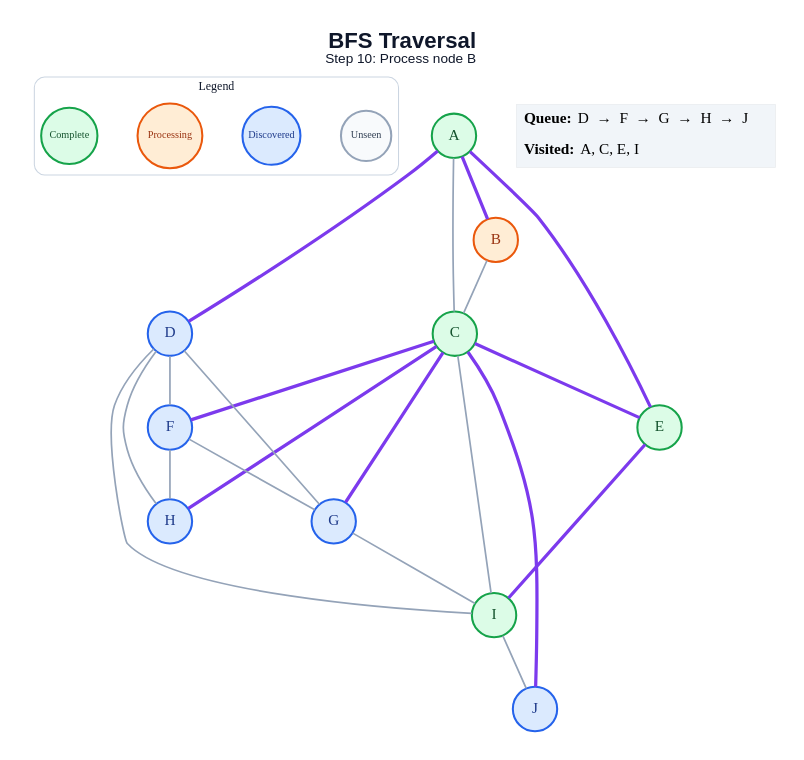
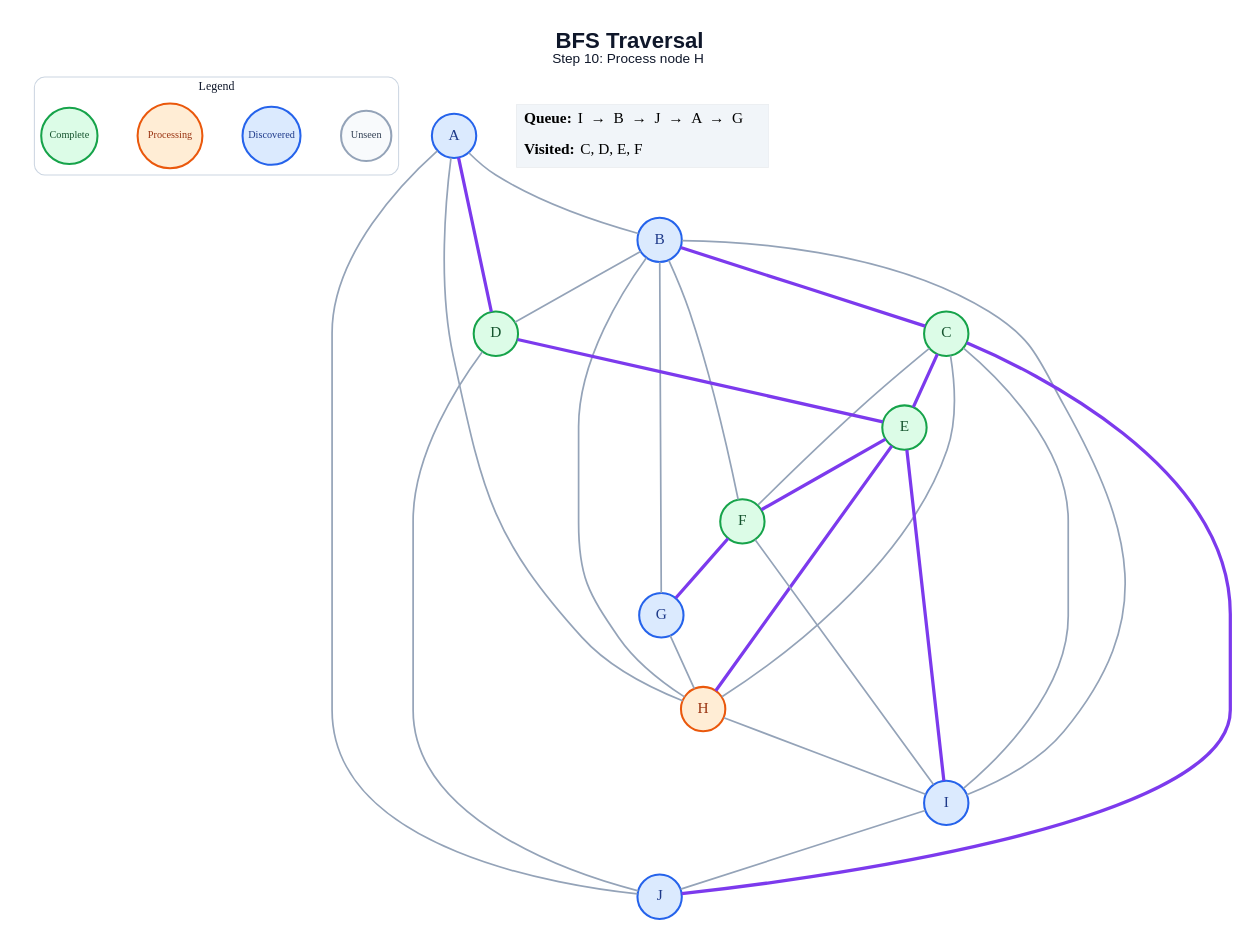
Before and after one commit to amanghodawala9/ai-slop: the diagram in generated/specific-node/bfs/step_10.dot, drawn with Graphviz. The commit also changed 178 other files, not shown here.

```diff
--- a/generated/specific-node/bfs/step_10.dot
+++ b/generated/specific-node/bfs/step_10.dot
@@ -1,49 +1,54 @@
 graph traversal {
   graph [layout=dot, rankdir=TB, bgcolor="#FFFFFF", pad="0.35", nodesep="0.65", ranksep="0.8", fontname="Arial"];
   node [shape=circle, style="filled", fontname="Arial Bold", fontsize=18, width=0.72, fixedsize=true, penwidth=2.4];
   edge [color="#94A3B8", penwidth=2.0];
-  label=<<B>BFS Traversal</B><BR/><FONT POINT-SIZE="16">Step 10: Process node B</FONT>>; labelloc="t"; fontsize=26; fontname="Arial"; fontcolor="#0F172A";
+  label=<<B>BFS Traversal</B><BR/><FONT POINT-SIZE="16">Step 10: Process node H</FONT>>; labelloc="t"; fontsize=26; fontname="Arial"; fontcolor="#0F172A";
   subgraph cluster_legend { label="Legend"; color="#CBD5E1"; penwidth=1.2; style="rounded"; fontsize=14; fontname="Arial Bold";
     key_unseen [label="Unseen", fillcolor="#F8FAFC", color="#94A3B8", fontcolor="#334155", fontsize=12, width=0.82];
     key_frontier [label="Discovered", fillcolor="#DBEAFE", color="#2563EB", fontcolor="#1E3A8A", fontsize=12, width=0.95];
     key_current [label="Processing", fillcolor="#FFEDD5", color="#EA580C", fontcolor="#9A3412", fontsize=12, width=1.05];
     key_done [label="Complete", fillcolor="#DCFCE7", color="#16A34A", fontcolor="#14532D", fontsize=12, width=0.92];
     { rank=same; key_unseen; key_frontier; key_current; key_done; }
   }
-  A [fillcolor="#DCFCE7", color="#16A34A", fontcolor="#14532D"];
-  B [fillcolor="#FFEDD5", color="#EA580C", fontcolor="#9A3412"];
+  A [fillcolor="#DBEAFE", color="#2563EB", fontcolor="#1E3A8A"];
+  B [fillcolor="#DBEAFE", color="#2563EB", fontcolor="#1E3A8A"];
   C [fillcolor="#DCFCE7", color="#16A34A", fontcolor="#14532D"];
-  D [fillcolor="#DBEAFE", color="#2563EB", fontcolor="#1E3A8A"];
+  D [fillcolor="#DCFCE7", color="#16A34A", fontcolor="#14532D"];
   E [fillcolor="#DCFCE7", color="#16A34A", fontcolor="#14532D"];
-  F [fillcolor="#DBEAFE", color="#2563EB", fontcolor="#1E3A8A"];
+  F [fillcolor="#DCFCE7", color="#16A34A", fontcolor="#14532D"];
   G [fillcolor="#DBEAFE", color="#2563EB", fontcolor="#1E3A8A"];
-  H [fillcolor="#DBEAFE", color="#2563EB", fontcolor="#1E3A8A"];
-  I [fillcolor="#DCFCE7", color="#16A34A", fontcolor="#14532D"];
+  H [fillcolor="#FFEDD5", color="#EA580C", fontcolor="#9A3412"];
+  I [fillcolor="#DBEAFE", color="#2563EB", fontcolor="#1E3A8A"];
   J [fillcolor="#DBEAFE", color="#2563EB", fontcolor="#1E3A8A"];
-  A -- B [color="#7C3AED", penwidth=3.8];
-  A -- C;
+  A -- B;
   A -- D [color="#7C3AED", penwidth=3.8];
-  A -- E [color="#7C3AED", penwidth=3.8];
-  B -- C;
+  A -- H;
+  A -- J;
+  B -- C [color="#7C3AED", penwidth=3.8];
+  B -- D;
+  B -- F;
+  B -- G;
+  B -- H;
+  B -- I;
   C -- E [color="#7C3AED", penwidth=3.8];
-  C -- F [color="#7C3AED", penwidth=3.8];
-  C -- G [color="#7C3AED", penwidth=3.8];
-  C -- H [color="#7C3AED", penwidth=3.8];
+  C -- F;
+  C -- H;
   C -- I;
   C -- J [color="#7C3AED", penwidth=3.8];
-  D -- F;
-  D -- G;
-  D -- H;
-  D -- I;
+  D -- E [color="#7C3AED", penwidth=3.8];
+  D -- J;
+  E -- F [color="#7C3AED", penwidth=3.8];
+  E -- H [color="#7C3AED", penwidth=3.8];
   E -- I [color="#7C3AED", penwidth=3.8];
-  F -- G;
-  F -- H;
-  G -- I;
+  F -- G [color="#7C3AED", penwidth=3.8];
+  F -- I;
+  G -- H;
+  H -- I;
   I -- J;
   status [shape=plain, fixedsize=false, width=0, height=0, margin=0, label=<
     <TABLE BORDER="0" CELLBORDER="0" CELLPADDING="7" BGCOLOR="#F1F5F9">
-      <TR><TD ALIGN="LEFT"><B>Queue:</B> D  →  F  →  G  →  H  →  J</TD></TR>
-      <TR><TD ALIGN="LEFT"><B>Visited:</B> A, C, E, I</TD></TR>
+      <TR><TD ALIGN="LEFT"><B>Queue:</B> I  →  B  →  J  →  A  →  G</TD></TR>
+      <TR><TD ALIGN="LEFT"><B>Visited:</B> C, D, E, F</TD></TR>
     </TABLE>
   >];
 }
```
